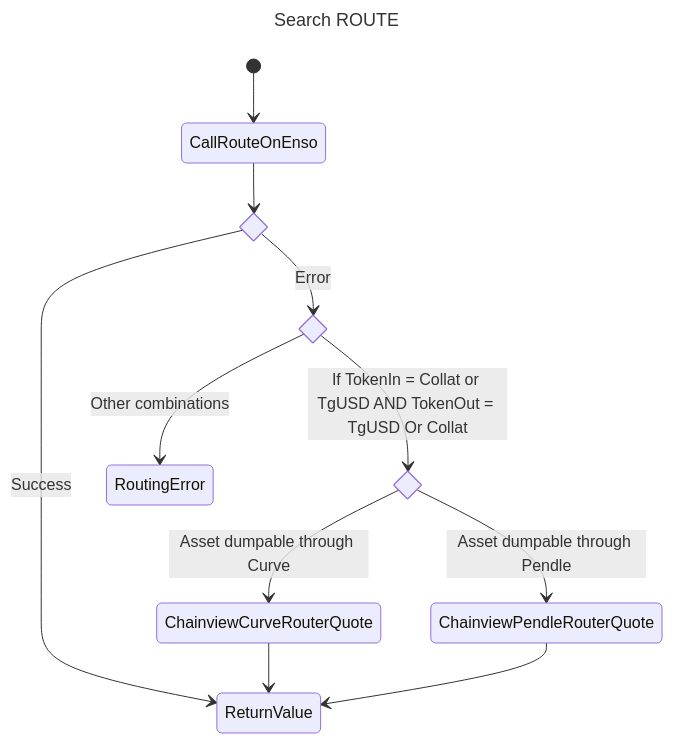
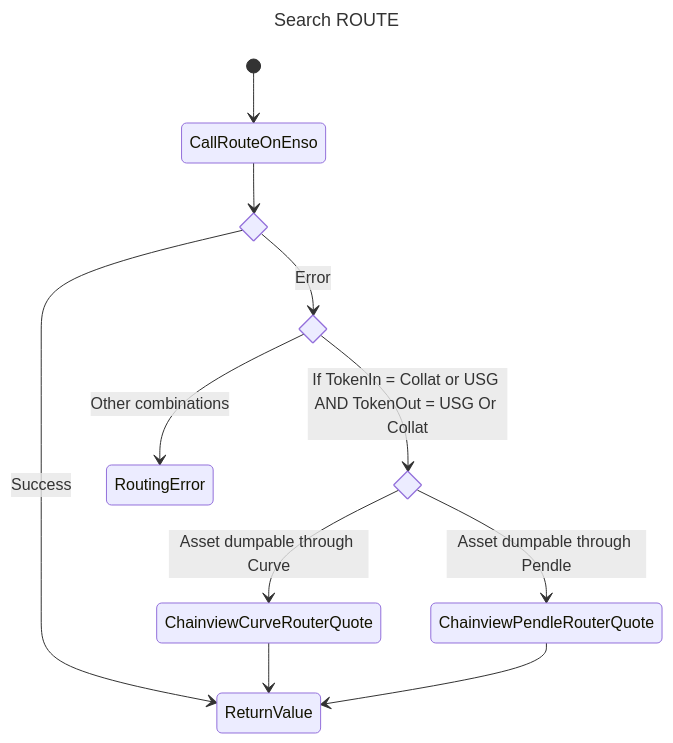
The second of 2 diagrams in documentation/archi/routing.md (Tangent-labs/tangent-contracts), drawn with Mermaid before and after one commit. The commit also changed other lines of this file and 271 other files, not shown here.

Commit message:
Rename tgUSD to USG, sgUSD to sUSG and rsTAN to vsTAN

````diff
--- a/documentation/archi/routing.md
+++ b/documentation/archi/routing.md
@@ -25,23 +25,23 @@
 ```mermaid
 ---
 title: Search ROUTE
 ---
 
 stateDiagram-v2
     state is_API_Up <<choice>>
     state is_secondary_routing_possible <<choice>>
     state secondary_routing_type <<choice>>
 
     [*] --> CallRouteOnEnso
     CallRouteOnEnso --> is_API_Up
     is_API_Up --> ReturnValue: Success
     is_API_Up --> is_secondary_routing_possible: Error
-        is_secondary_routing_possible --> secondary_routing_type: If TokenIn = Collat or TgUSD AND TokenOut = TgUSD Or Collat
+        is_secondary_routing_possible --> secondary_routing_type: If TokenIn = Collat or USG AND TokenOut = USG Or Collat
             secondary_routing_type--> ChainviewCurveRouterQuote : Asset dumpable through Curve
             secondary_routing_type--> ChainviewPendleRouterQuote : Asset dumpable through Pendle
             ChainviewCurveRouterQuote-->ReturnValue
             ChainviewPendleRouterQuote-->ReturnValue
 
         is_secondary_routing_possible --> RoutingError: Other combinations
 
 ```
````
